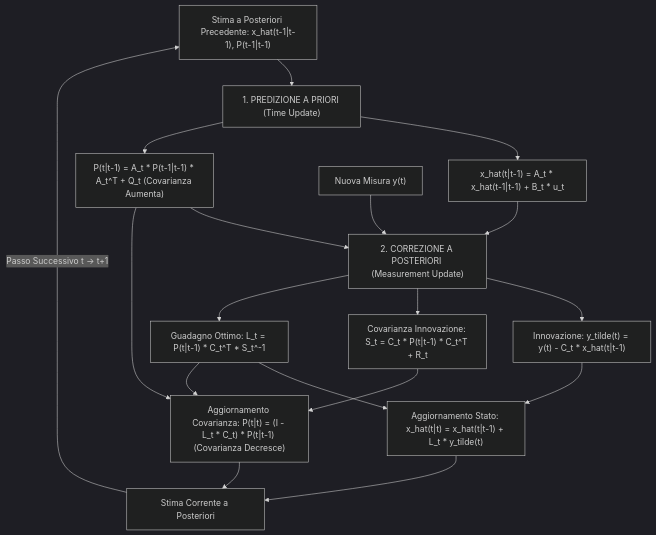
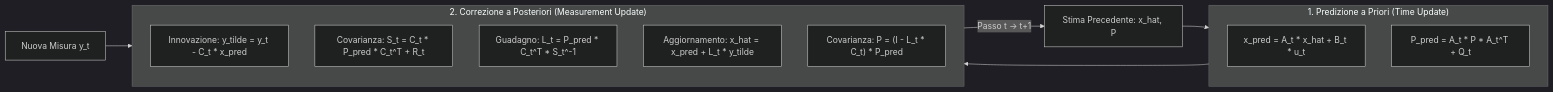
Before and after one commit to michelevantaggi02/Magistrale: the second of 2 diagrams in Anno 2/Autonomous Robotics/8. Filtro di Kalman Lineare.md, drawn with Mermaid (dark theme). The commit also changed other lines of this file and 44 other files, not shown here.

````diff
--- a/Anno 2/Autonomous Robotics/8. Filtro di Kalman Lineare.md
+++ b/Anno 2/Autonomous Robotics/8. Filtro di Kalman Lineare.md
@@ -166,24 +166,22 @@
 ```mermaid
-flowchart TD
-    A["Stima a Posteriori Precedente: x_hat(t-1|t-1), P(t-1|t-1)"] --> B["1. PREDIZIONE A PRIORI (Time Update)"]
-    B --> C["x_hat(t|t-1) = A_t * x_hat(t-1|t-1) + B_t * u_t"]
-    B --> D["P(t|t-1) = A_t * P(t-1|t-1) * A_t^T + Q_t (Covarianza Aumenta)"]
-    
-    C --> E["2. CORREZIONE A POSTERIORI (Measurement Update)"]
-    D --> E
-    y_in["Nuova Misura y(t)"] --> E
-    
-    E --> F["Innovazione: y_tilde(t) = y(t) - C_t * x_hat(t|t-1)"]
-    E --> G["Covarianza Innovazione: S_t = C_t * P(t|t-1) * C_t^T + R_t"]
-    E --> H["Guadagno Ottimo: L_t = P(t|t-1) * C_t^T * S_t^-1"]
-    
-    F --> I["Aggiornamento Stato: x_hat(t|t) = x_hat(t|t-1) + L_t * y_tilde(t)"]
-    H --> I
-    G --> L_P["Aggiornamento Covarianza: P(t|t) = (I - L_t * C_t) * P(t|t-1) (Covarianza Decresce)"]
-    H --> L_P
-    D --> L_P
-    
-    I --> M["Stima Corrente a Posteriori"]
-    L_P --> M
-    M -- "Passo Successivo t -> t+1" --> A
+flowchart LR
+    subgraph Predizione ["1. Predizione a Priori (Time Update)"]
+        direction TB
+        B1["x_pred = A_t * x_hat + B_t * u_t"]
+        B2["P_pred = A_t * P * A_t^T + Q_t"]
+    end
+
+    subgraph Correzione ["2. Correzione a Posteriori (Measurement Update)"]
+        direction TB
+        C1["Innovazione: y_tilde = y_t - C_t * x_pred"]
+        C2["Covarianza: S_t = C_t * P_pred * C_t^T + R_t"]
+        C3["Guadagno: L_t = P_pred * C_t^T * S_t^-1"]
+        C4["Aggiornamento: x_hat = x_pred + L_t * y_tilde"]
+        C5["Covarianza: P = (I - L_t * C_t) * P_pred"]
+    end
+
+    Inizio["Stima Precedente: x_hat, P"] --> Predizione
+    Predizione --> Correzione
+    y_in["Nuova Misura y_t"] --> Correzione
+    Correzione -- "Passo t -> t+1" --> Inizio
 ```
````
